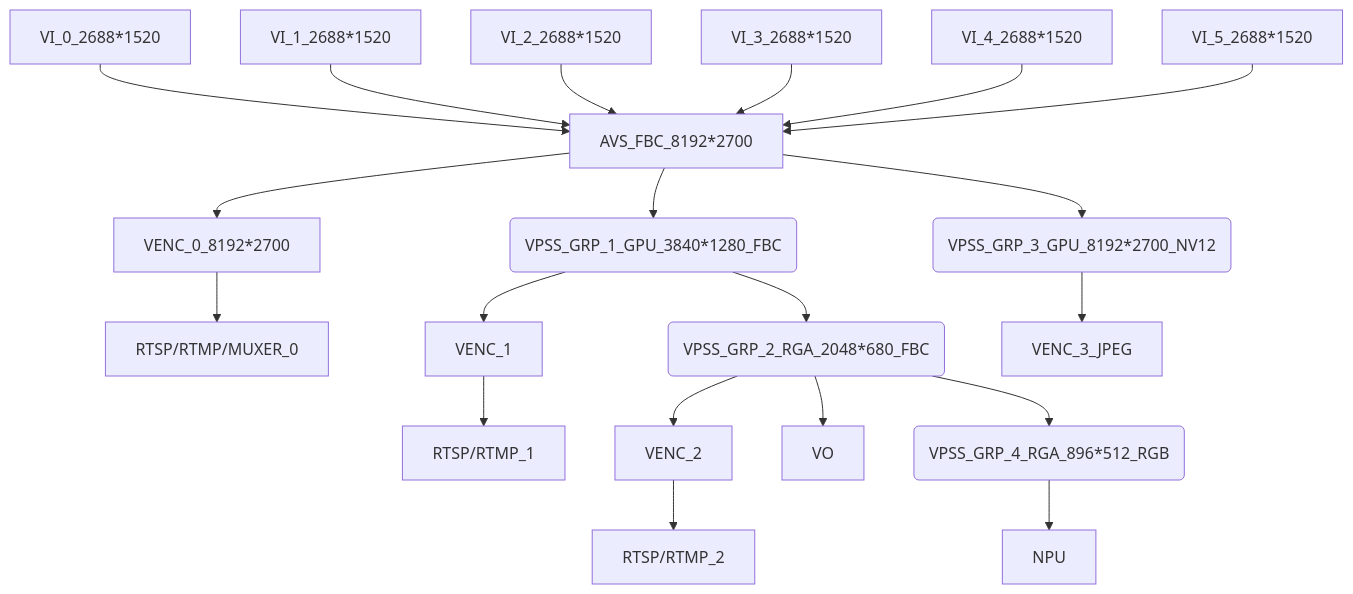
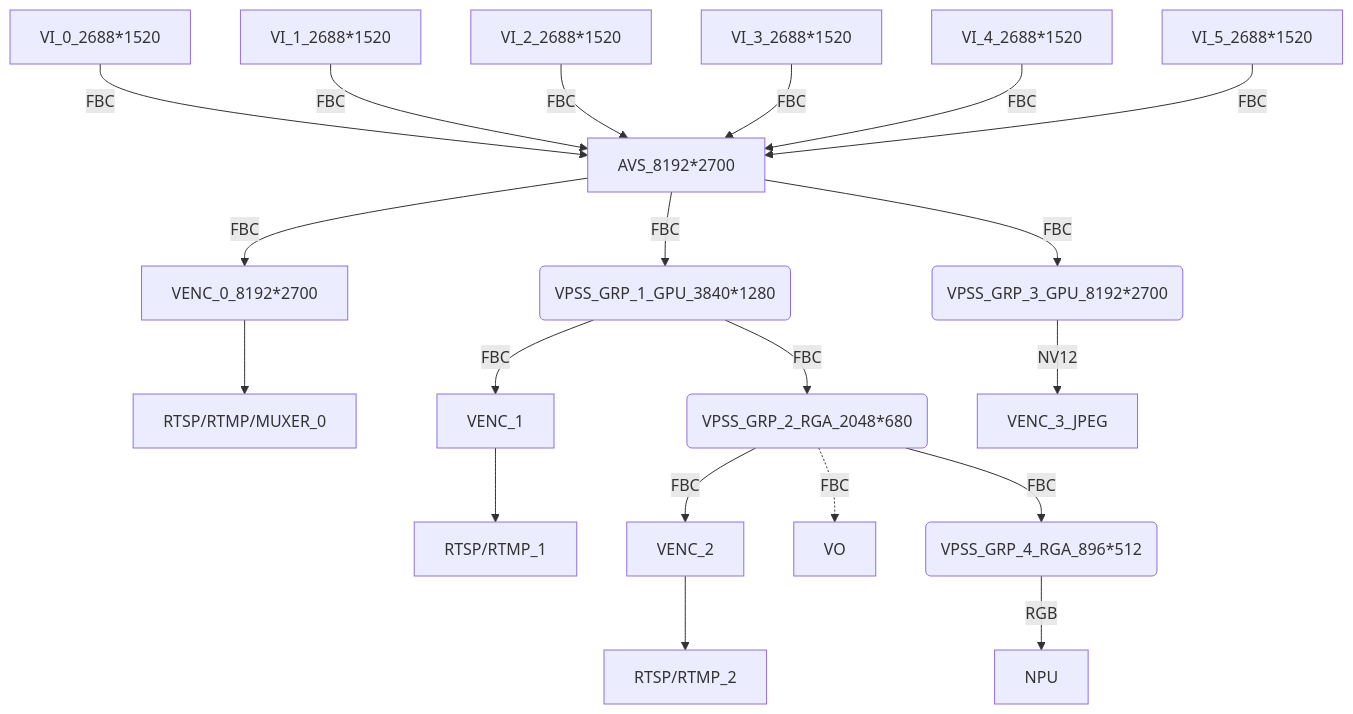
Before and after one commit to khadas/app_rkipc: the third of 6 diagrams in Rockchip_Developer_Guide_Linux_RKIPC_CN.md, drawn with Mermaid. The commit also changed other lines of this file and 1 other file, not shown here.

````diff
--- a/Rockchip_Developer_Guide_Linux_RKIPC_CN.md
+++ b/Rockchip_Developer_Guide_Linux_RKIPC_CN.md
@@ -113,16 +113,16 @@
 ```mermaid
 graph TB
-	VI_0[VI_0_2688*1520]-->AVS[AVS_FBC_8192*2700]
-	VI_1[VI_1_2688*1520]-->AVS
-	VI_2[VI_2_2688*1520]-->AVS
-	VI_3[VI_3_2688*1520]-->AVS
-	VI_4[VI_4_2688*1520]-->AVS
-	VI_5[VI_5_2688*1520]-->AVS
-	AVS-->VPSS_GRP_1(VPSS_GRP_1_GPU_3840*1280_FBC)
-	AVS-->VENC_0_8192*2700-->RTSP/RTMP/MUXER_0
-	VPSS_GRP_1-->VENC_1-->RTSP/RTMP_1
-	VPSS_GRP_1-->VPSS_GRP_2(VPSS_GRP_2_RGA_2048*680_FBC)-->VENC_2-->RTSP/RTMP_2
-	VPSS_GRP_2-->VO
-	VPSS_GRP_2-->VPSS_GRP_4(VPSS_GRP_4_RGA_896*512_RGB)-->NPU
-	AVS-->VPSS_GRP_3(VPSS_GRP_3_GPU_8192*2700_NV12)-->VENC_3_JPEG
+	VI_0[VI_0_2688*1520]--FBC-->AVS[AVS_8192*2700]
+	VI_1[VI_1_2688*1520]--FBC-->AVS
+	VI_2[VI_2_2688*1520]--FBC-->AVS
+	VI_3[VI_3_2688*1520]--FBC-->AVS
+	VI_4[VI_4_2688*1520]--FBC-->AVS
+	VI_5[VI_5_2688*1520]--FBC-->AVS
+	AVS--FBC-->VPSS_GRP_1(VPSS_GRP_1_GPU_3840*1280)
+	AVS--FBC-->VENC_0_8192*2700-->RTSP/RTMP/MUXER_0
+	VPSS_GRP_1--FBC-->VENC_1-->RTSP/RTMP_1
+	VPSS_GRP_1--FBC-->VPSS_GRP_2(VPSS_GRP_2_RGA_2048*680)--FBC-->VENC_2-->RTSP/RTMP_2
+	VPSS_GRP_2-.FBC.->VO
+	VPSS_GRP_2--FBC-->VPSS_GRP_4(VPSS_GRP_4_RGA_896*512)--RGB-->NPU
+	AVS--FBC-->VPSS_GRP_3(VPSS_GRP_3_GPU_8192*2700)--NV12-->VENC_3_JPEG
 ```
````
